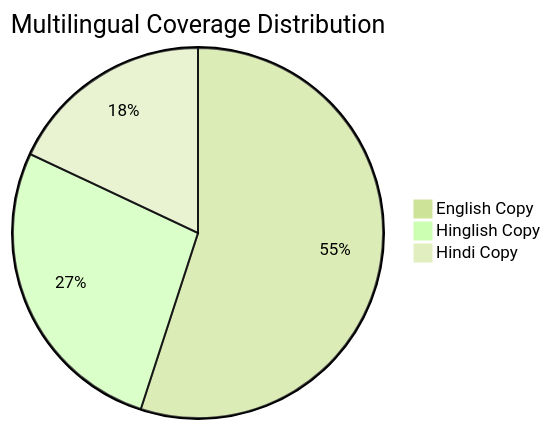
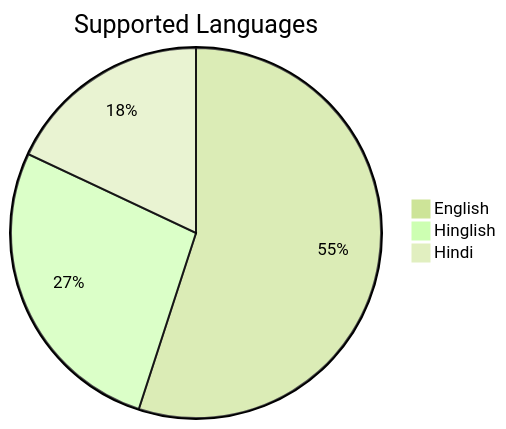
Before and after one commit to mahik2007/BrandProof-AI: the third of 5 diagrams in README.md, drawn with Mermaid (forest theme). The commit also changed other lines of this file and 2 other files, not shown here.

````diff
--- a/README.md
+++ b/README.md
@@ -56,6 +71,6 @@
 ```mermaid
-pie title Multilingual Coverage Distribution
-    "English Copy" : 55
-    "Hinglish Copy" : 27
-    "Hindi Copy" : 18
+pie title Supported Languages
+    "English" : 55
+    "Hinglish" : 27
+    "Hindi" : 18
 ```
````
